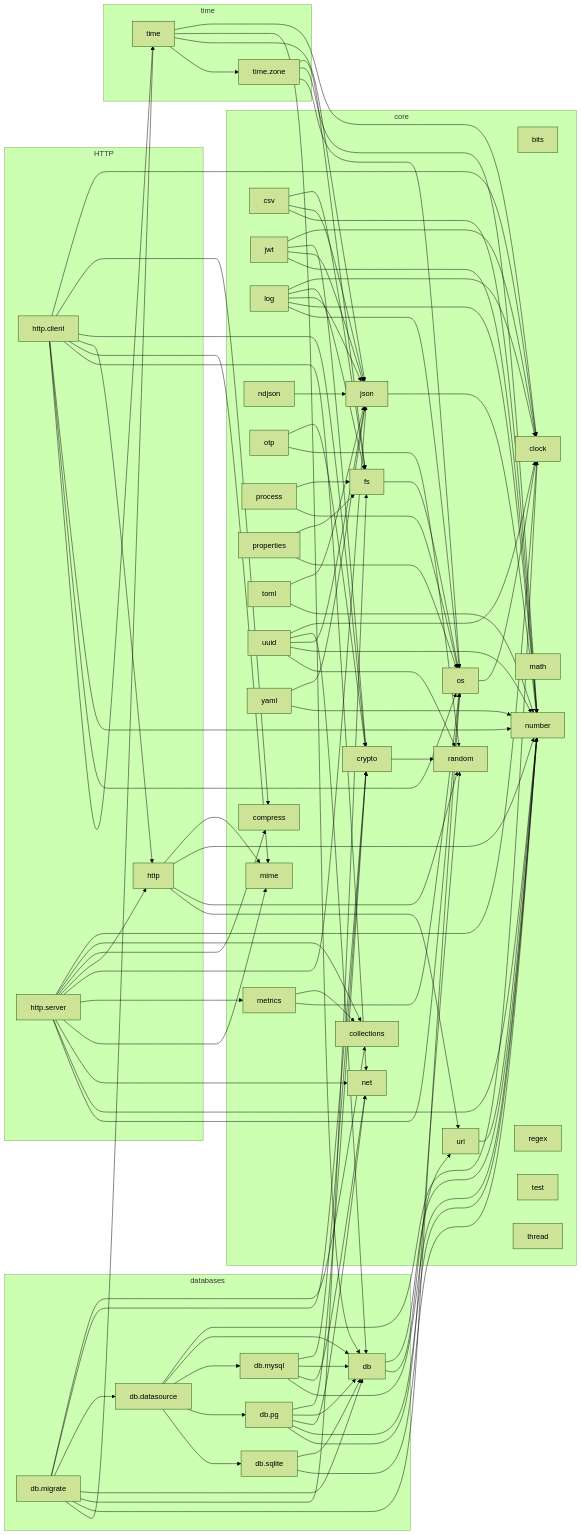
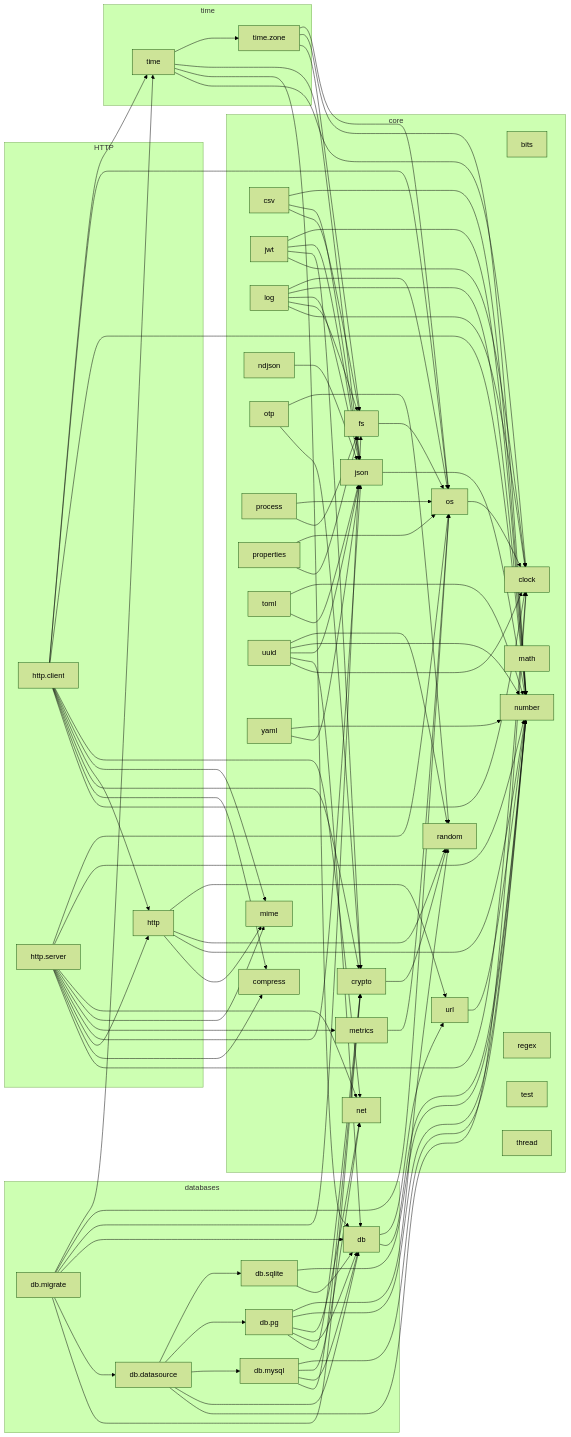
Before and after one commit to vasnatech/ziman: the diagram in docs/lib/dependencies.md, drawn with Mermaid (forest theme). The commit also changed other lines of this file and 84 other files, not shown here.

```diff
--- a/docs/lib/dependencies.md
+++ b/docs/lib/dependencies.md
@@ -10,7 +10,6 @@
     subgraph group_core["core"]
         bits["bits"]
         clock["clock"]
-        collections["collections"]
         compress["compress"]
         crypto["crypto"]
         csv["csv"]
@@ -89,9 +88,7 @@
     log --> json
     log --> number
     log --> os
-    metrics --> collections
     metrics --> os
-    migrate --> collections
     migrate --> crypto
     migrate --> datasource
     migrate --> db
@@ -116,7 +113,6 @@
     properties --> fs
     properties --> os
     server --> clock
-    server --> collections
     server --> compress
     server --> http
     server --> json
```
